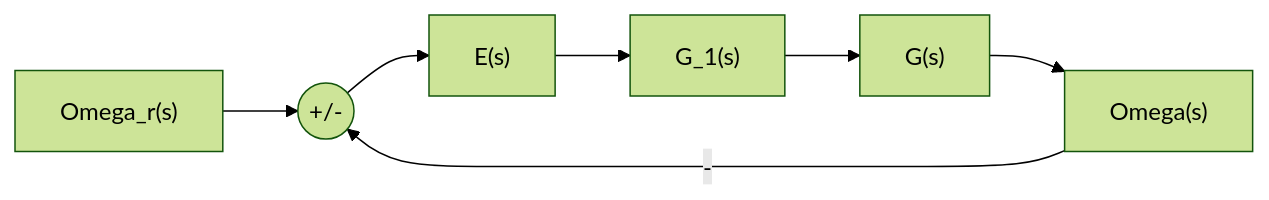
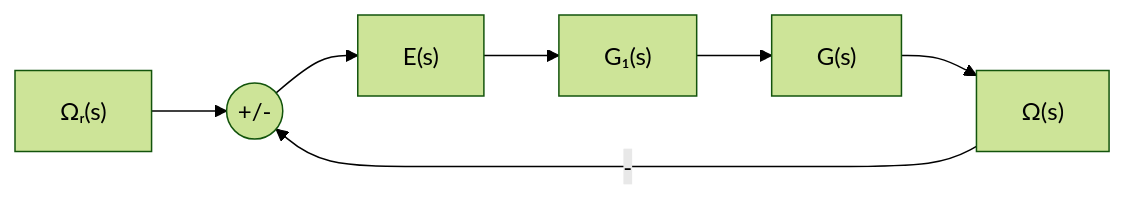
One commit to Cateds/Dynamics-Control.md changed the second of 3 diagrams in src/content/docs/tutorials/p1.tutorial.ex.md. Above: the diagram before and after it, drawn with Mermaid (forest theme). The commit also changed other lines of this file and 73 other files, not shown here.

````diff
--- a/src/content/docs/tutorials/p1.tutorial.ex.md
+++ b/src/content/docs/tutorials/p1.tutorial.ex.md
@@ -187,9 +187,9 @@
 ```mermaid
 flowchart LR
-  Wr["Omega_r(s)"] --> S(("+/-"))
-  W["Omega(s)"] -->|"-"| S
+  Wr["Ωᵣ(s)"] --> S(("+/-"))
+  W["Ω(s)"] -->|"-"| S
   S --> E["E(s)"]
-  E --> G1["G_1(s)"]
+  E --> G1["G₁(s)"]
   G1 --> G["G(s)"]
   G --> W
 ```
````
